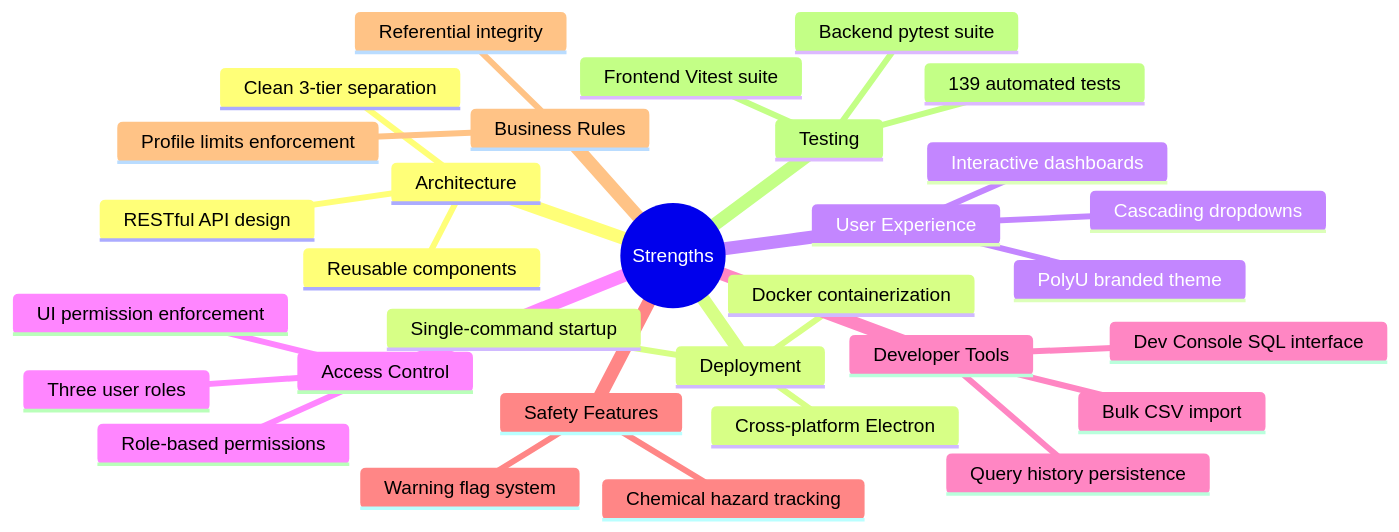
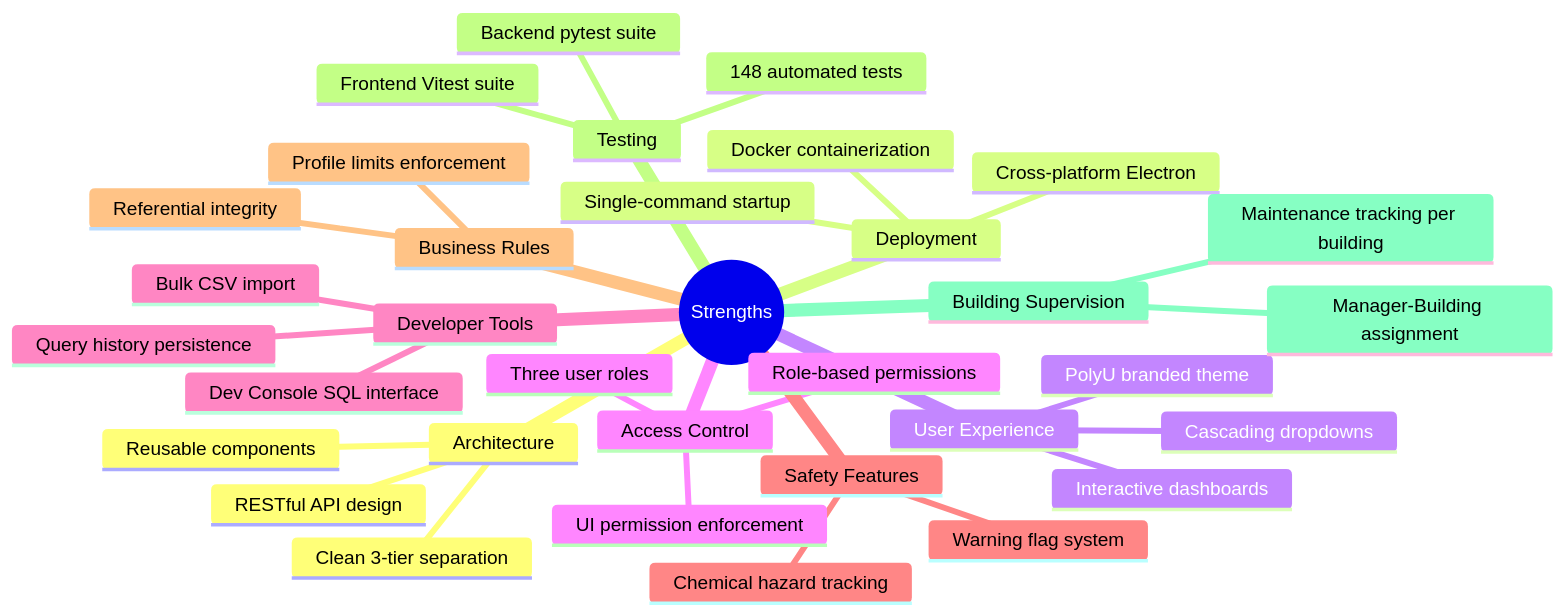
Before and after one commit to HaochenFa/COMP2411_DBMS_CMMS_GroupProject: the fifth of 14 diagrams in PROJECT_REPORT.md, drawn with Mermaid. The commit also changed other lines of this file, not shown here.

````diff
--- a/PROJECT_REPORT.md
+++ b/PROJECT_REPORT.md
@@ -258,34 +268,37 @@
 ```mermaid
 mindmap
   root((Strengths))
     Architecture
       Clean 3-tier separation
       RESTful API design
       Reusable components
     Deployment
       Docker containerization
       Single-command startup
       Cross-platform Electron
     User Experience
       PolyU branded theme
       Interactive dashboards
       Cascading dropdowns
     Access Control
       Role-based permissions
       Three user roles
       UI permission enforcement
     Developer Tools
       Dev Console SQL interface
       Query history persistence
       Bulk CSV import
     Safety Features
       Chemical hazard tracking
       Warning flag system
     Business Rules
       Profile limits enforcement
       Referential integrity
     Testing
-      139 automated tests
+      148 automated tests
       Backend pytest suite
       Frontend Vitest suite
+    Building Supervision
+      Manager-Building assignment
+      Maintenance tracking per building
 ```
````
